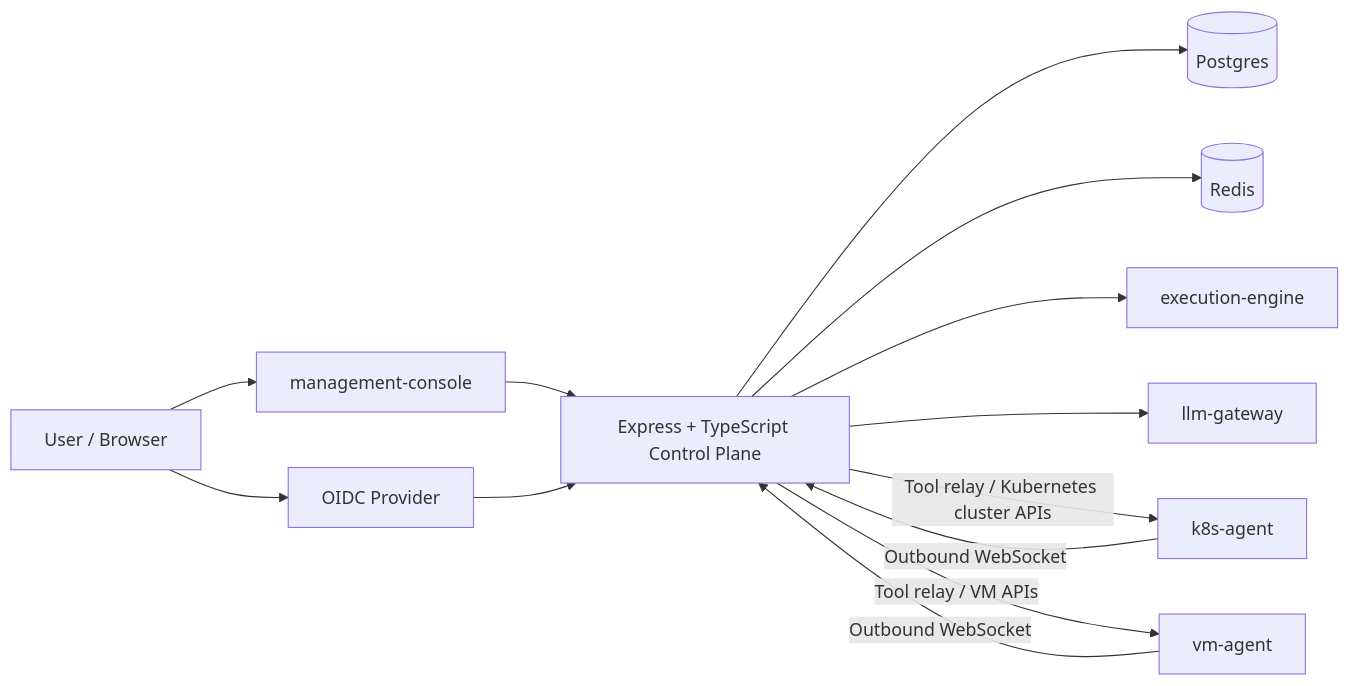
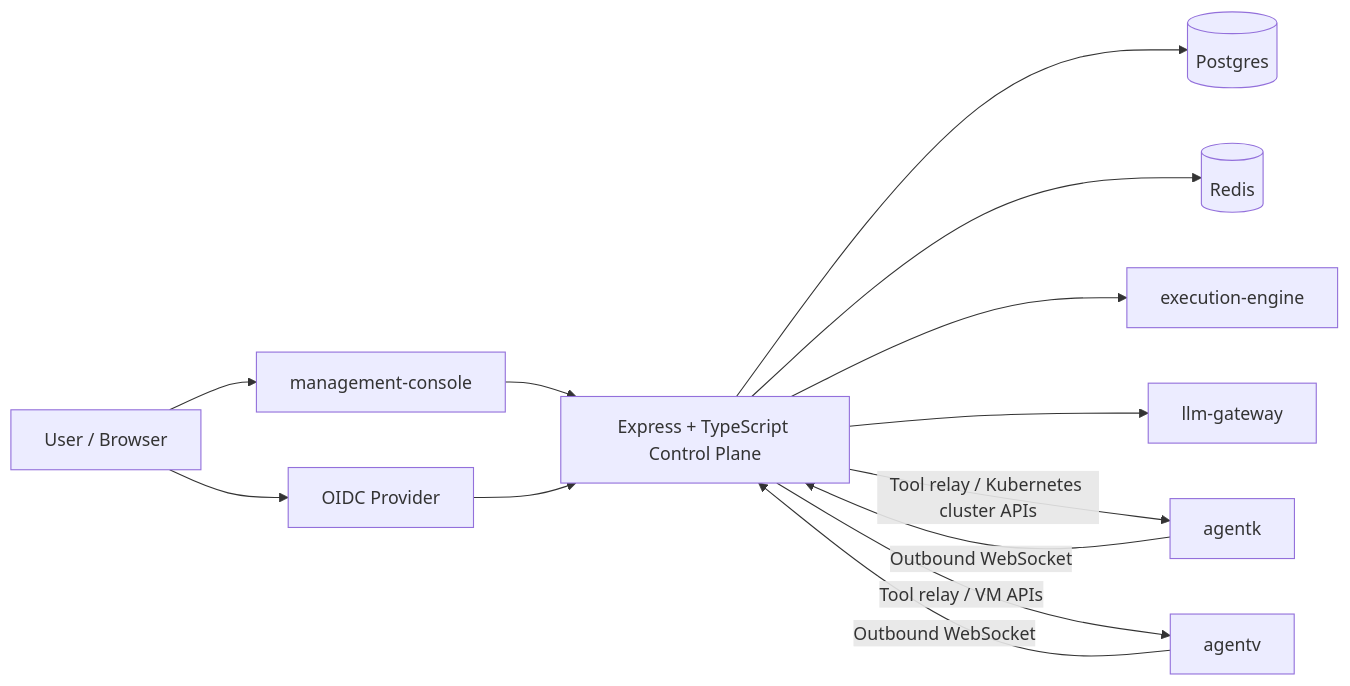
One commit to acornops/control-plane changed the first of 2 diagrams in ARCHITECTURE.md. Above: the diagram before and after it, drawn with Mermaid. The commit also changed other lines of this file and 17 other files, not shown here.

````diff
--- a/ARCHITECTURE.md
+++ b/ARCHITECTURE.md
@@ -16,26 +16,26 @@
 ```mermaid
 flowchart LR
     User[User / Browser]
     UI[management-console]
     OIDC[OIDC Provider]
     CP[Express + TypeScript Control Plane]
     DB[(Postgres)]
     Redis[(Redis)]
     EE[execution-engine]
-    Agent[k8s-agent]
-    VMAgent[vm-agent]
+    Agent[agentk]
+    VMAgent[agentv]
     GW[llm-gateway]
 
     User --> UI
     UI --> CP
     User --> OIDC
     OIDC --> CP
     CP --> DB
     CP --> Redis
     CP --> EE
     CP --> GW
     Agent -->|Outbound WebSocket| CP
     CP -->|Tool relay / Kubernetes cluster APIs| Agent
     VMAgent -->|Outbound WebSocket| CP
     CP -->|Tool relay / VM APIs| VMAgent
 ```
````
